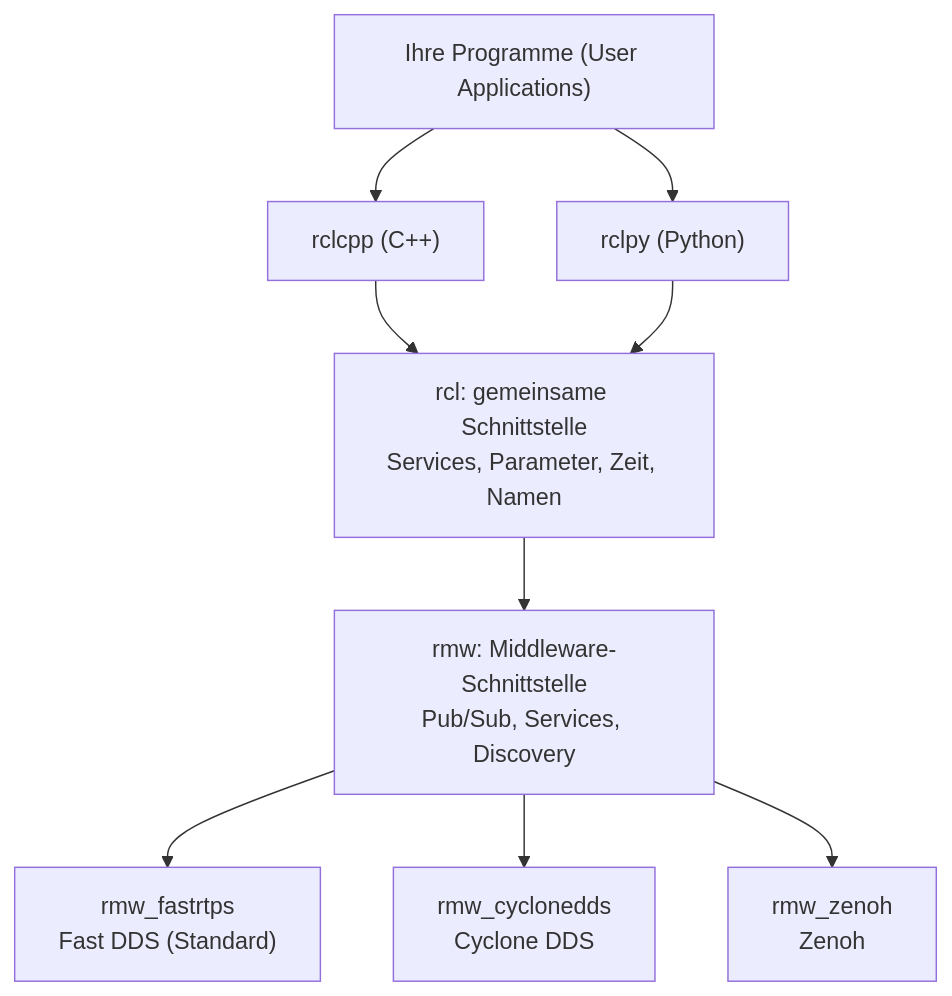
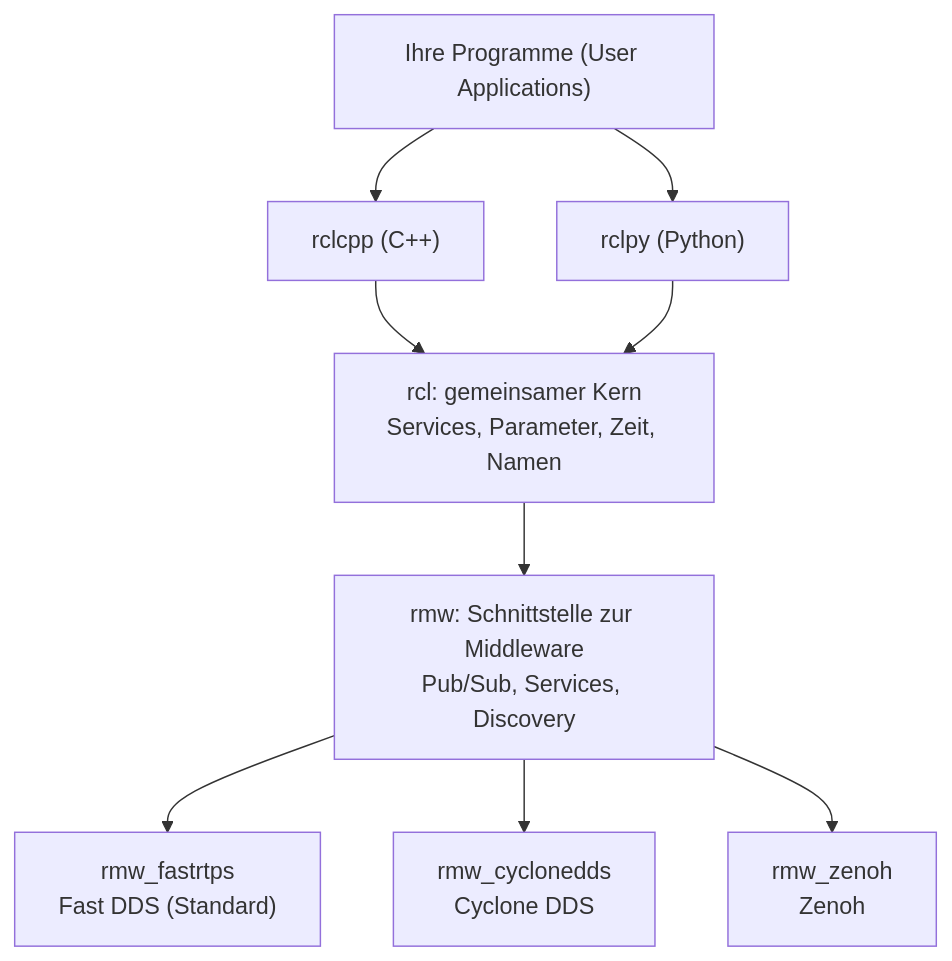
The first of 3 diagrams in 01_ROS_Grundlagen/01_ROS_Grundlagen.md (TUBAF-IfI-LiaScript/VL_SoftwareprojektRobotik), drawn with Mermaid before and after one commit. The commit also changed other lines of this file and 4 other files, not shown here.

````diff
--- a/01_ROS_Grundlagen/01_ROS_Grundlagen.md
+++ b/01_ROS_Grundlagen/01_ROS_Grundlagen.md
@@ -196,11 +201,11 @@
 ```mermaid @mermaid
 graph TD
     APP["Ihre Programme (User Applications)"] --> CPP["rclcpp (C++)"]
     APP --> PY["rclpy (Python)"]
-    CPP --> RCL["rcl: gemeinsame Schnittstelle<br/>Services, Parameter, Zeit, Namen"]
+    CPP --> RCL["rcl: gemeinsamer Kern<br/>Services, Parameter, Zeit, Namen"]
     PY --> RCL
-    RCL --> RMW["rmw: Middleware-Schnittstelle<br/>Pub/Sub, Services, Discovery"]
+    RCL --> RMW["rmw: Schnittstelle zur Middleware<br/>Pub/Sub, Services, Discovery"]
     RMW --> F1["rmw_fastrtps<br/>Fast DDS (Standard)"]
     RMW --> F2["rmw_cyclonedds<br/>Cyclone DDS"]
     RMW --> F3["rmw_zenoh<br/>Zenoh"]
 ```
````
